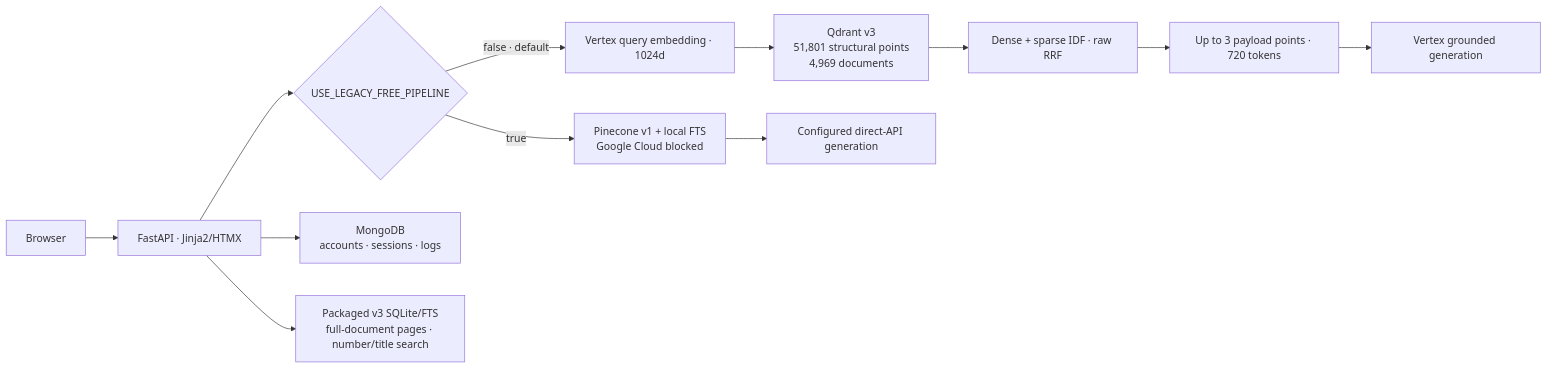
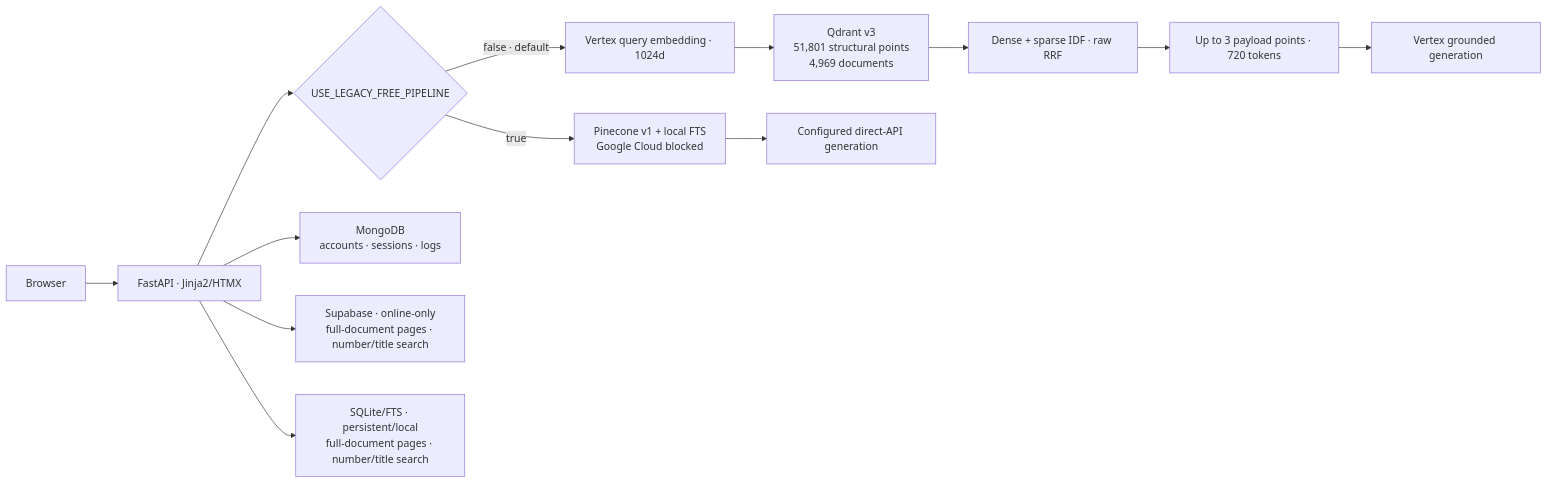
One commit to TanNguyen234/VietLex-Tech-Spec changed the diagram in README.en.md. Above: the diagram before and after it, drawn with Mermaid. The commit also changed other lines of this file and 7 other files, not shown here.

````diff
--- a/README.en.md
+++ b/README.en.md
@@ -53,14 +53,15 @@
 ```mermaid
 flowchart LR
     User["Browser"] --> API["FastAPI · Jinja2/HTMX"]
     API --> Selector{"USE_LEGACY_FREE_PIPELINE"}
     Selector -- "false · default" --> Vertex["Vertex query embedding · 1024d"]
     Vertex --> QV3["Qdrant v3<br/>51,801 structural points<br/>4,969 documents"]
     QV3 --> RRF["Dense + sparse IDF · raw RRF"]
     RRF --> Evidence["Up to 3 payload points · 720 tokens"]
     Selector -- "true" --> Legacy["Pinecone v1 + local FTS<br/>Google Cloud blocked"]
     Evidence --> Answer["Vertex grounded generation"]
     Legacy --> Direct["Configured direct-API generation"]
     API --> Mongo["MongoDB<br/>accounts · sessions · logs"]
-    API --> Local["Packaged v3 SQLite/FTS<br/>full-document pages · number/title search"]
+    API --> Supabase["Supabase · online-only<br/>full-document pages · number/title search"]
+    API --> Local["SQLite/FTS · persistent/local<br/>full-document pages · number/title search"]
 ```
````
